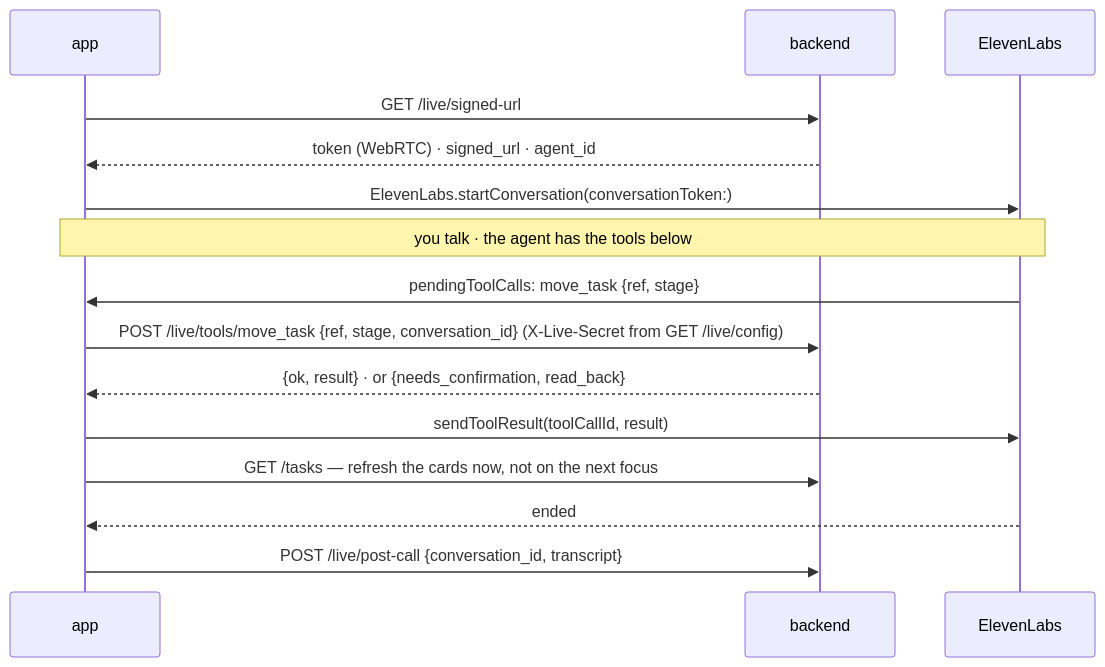
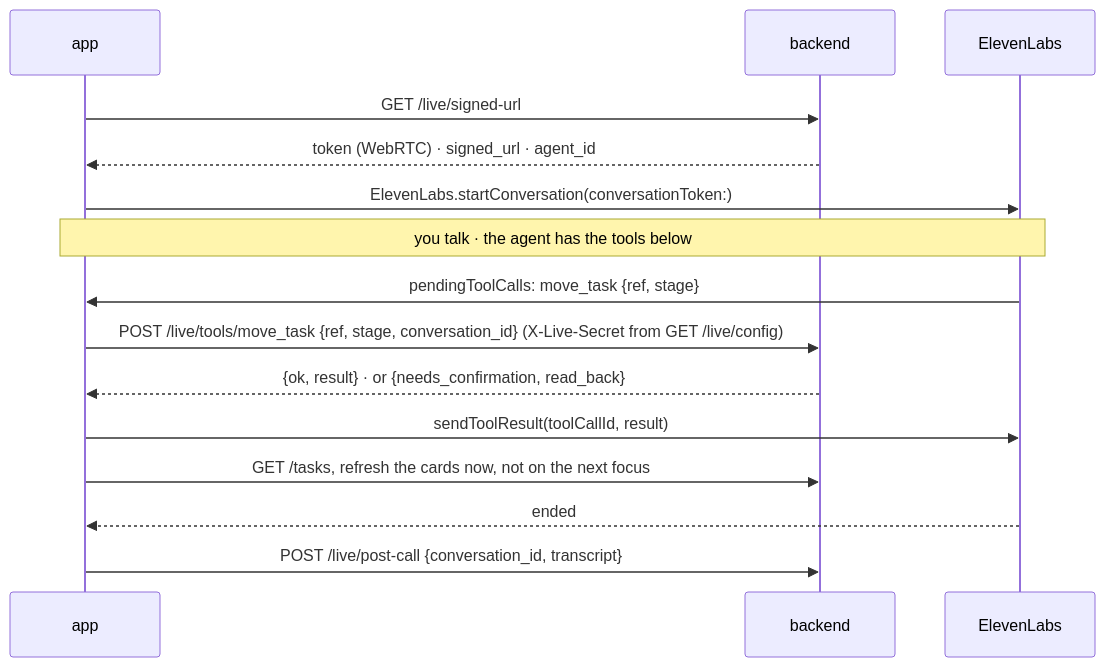
Before and after one commit to Pran-Ker/undercurrent: the fifth of 5 diagrams in plan-whats-done-and-how-we-should-integrate-app-and-test.md, drawn with Mermaid. The commit also changed 30 other files, not shown here.

````diff
--- a/plan-whats-done-and-how-we-should-integrate-app-and-test.md
+++ b/plan-whats-done-and-how-we-should-integrate-app-and-test.md
@@ -119,17 +119,17 @@
 ```mermaid
 sequenceDiagram
   participant P as app
   participant B as backend
   participant E as ElevenLabs
   P->>B: GET /live/signed-url
   B-->>P: token (WebRTC) · signed_url · agent_id
   P->>E: ElevenLabs.startConversation(conversationToken:)
   Note over P,E: you talk · the agent has the tools below
   E->>P: pendingToolCalls: move_task {ref, stage}
   P->>B: POST /live/tools/move_task {ref, stage, conversation_id}  (X-Live-Secret from GET /live/config)
   B-->>P: {ok, result} · or {needs_confirmation, read_back}
   P->>E: sendToolResult(toolCallId, result)
-  P->>B: GET /tasks — refresh the cards now, not on the next focus
+  P->>B: GET /tasks, refresh the cards now, not on the next focus
   E-->>P: ended
   P->>B: POST /live/post-call {conversation_id, transcript}
 ```
````
